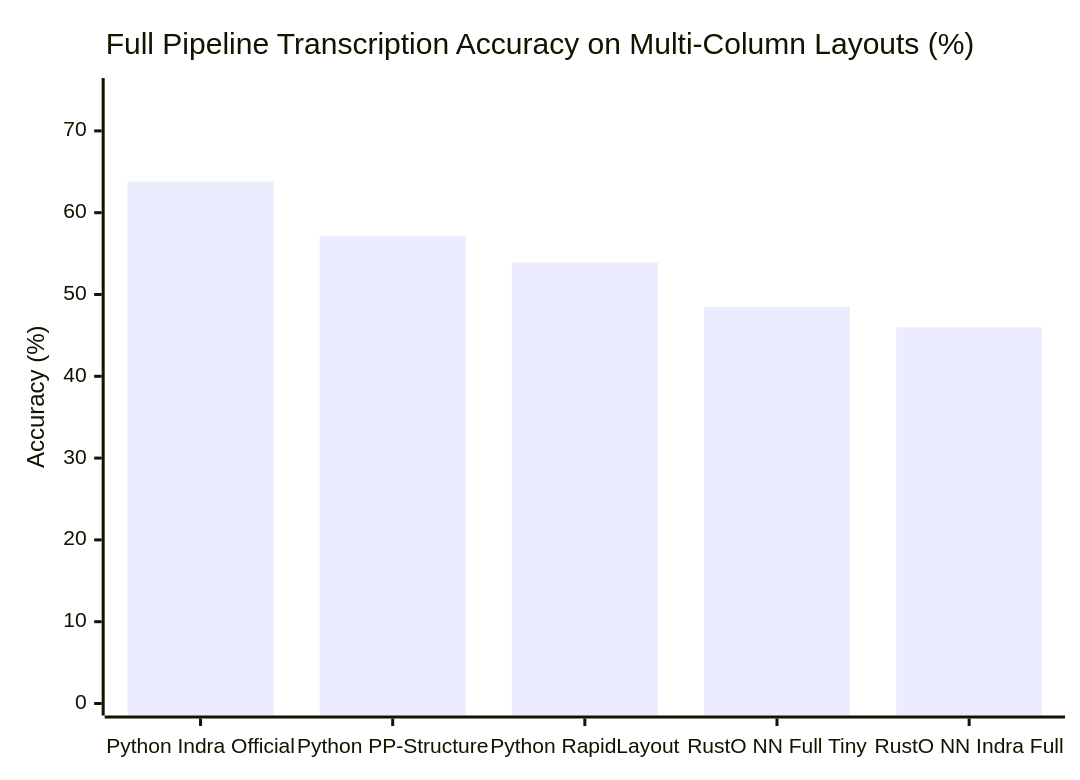
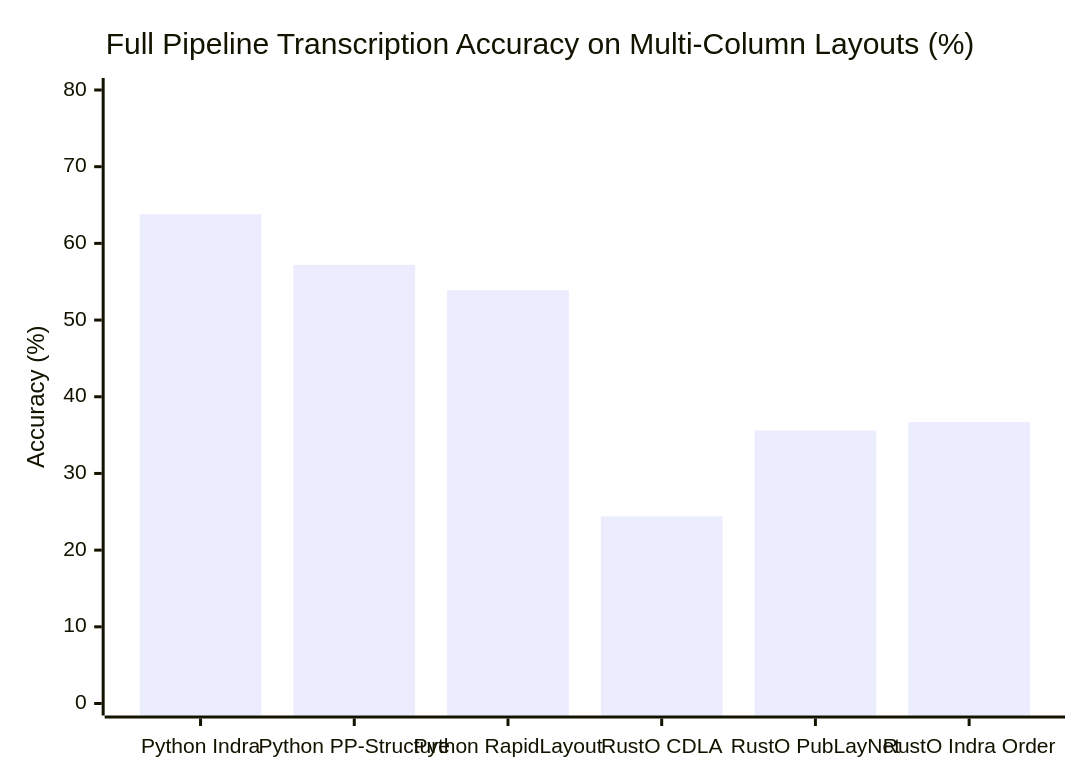
Before and after one commit to byrizki/rusto-rs: the fourth of 5 diagrams in benchmarks/omnidocbench/OMNIDOCBENCH_EVALUATION_REPORT.md, drawn with Mermaid. The commit also changed other lines of this file and 7 other files, not shown here.

````diff
--- a/benchmarks/omnidocbench/OMNIDOCBENCH_EVALUATION_REPORT.md
+++ b/benchmarks/omnidocbench/OMNIDOCBENCH_EVALUATION_REPORT.md
@@ -81,7 +94,7 @@
 ```mermaid
 xychart-beta
     title "Full Pipeline Transcription Accuracy on Multi-Column Layouts (%)"
-    x-axis ["Python Indra Official", "Python PP-Structure", "Python RapidLayout", "RustO NN Full Tiny", "RustO NN Indra Full"]
-    y-axis "Accuracy (%)" 0 --> 75
-    bar [63.8, 57.2, 53.9, 48.5, 46.0]
+    x-axis ["Python Indra", "Python PP-Structure", "Python RapidLayout", "RustO CDLA", "RustO PubLayNet", "RustO Indra Order"]
+    y-axis "Accuracy (%)" 0 --> 80
+    bar [63.8, 57.2, 53.9, 24.4, 35.6, 36.7]
 ```
````
